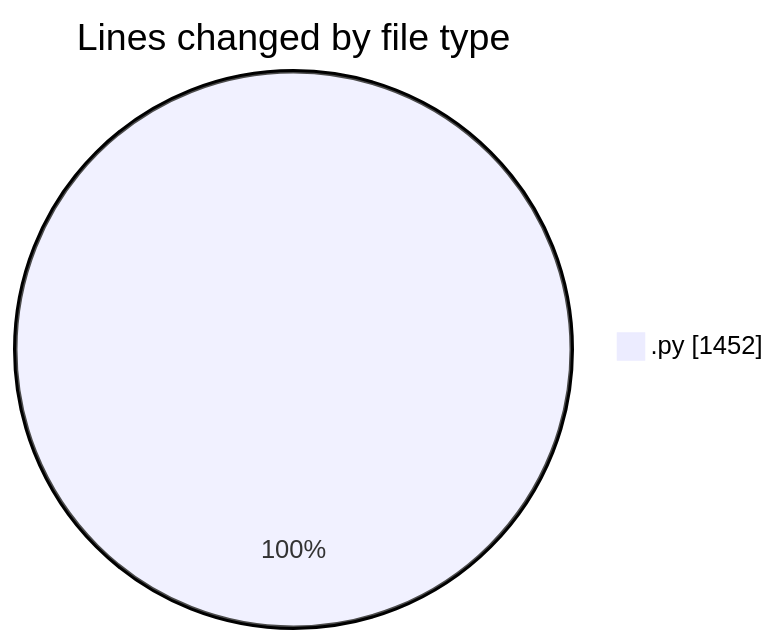
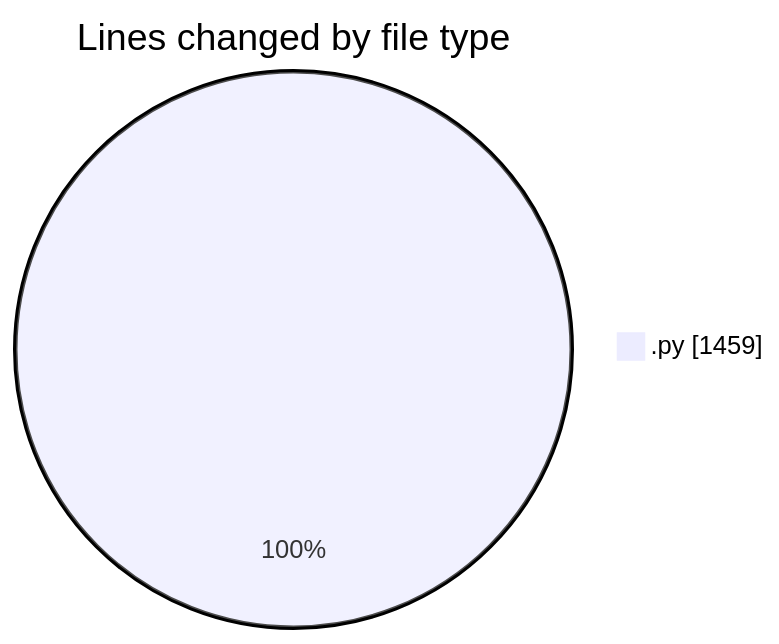
One commit to FelipKnott/code-tracking changed the first of 2 diagrams in 2025-07-03/cursor/README.md. Above: the diagram before and after it, drawn with Mermaid. The commit also changed other lines of this file and 1 other file, not shown here.

````diff
--- a/2025-07-03/cursor/README.md
+++ b/2025-07-03/cursor/README.md
@@ -27,5 +27,5 @@
 ```mermaid
 pie showData
 title Lines changed by file type
-".py" : 1452
+".py" : 1459
 ```
````
